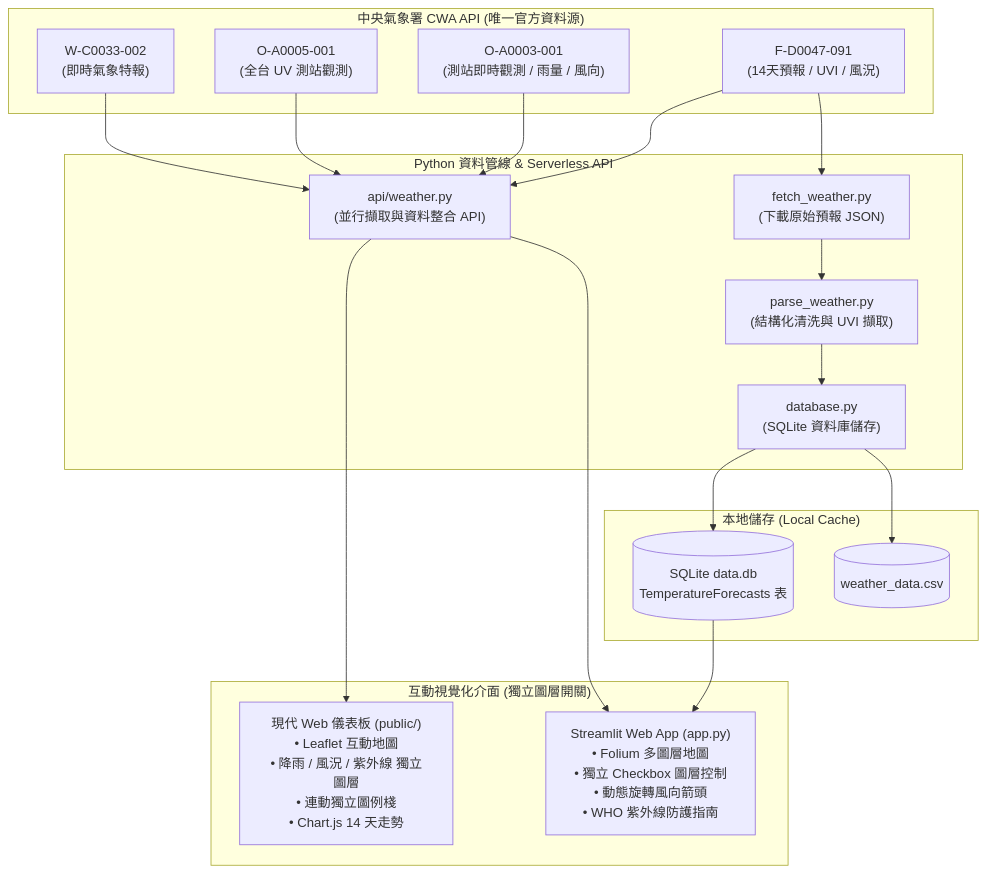
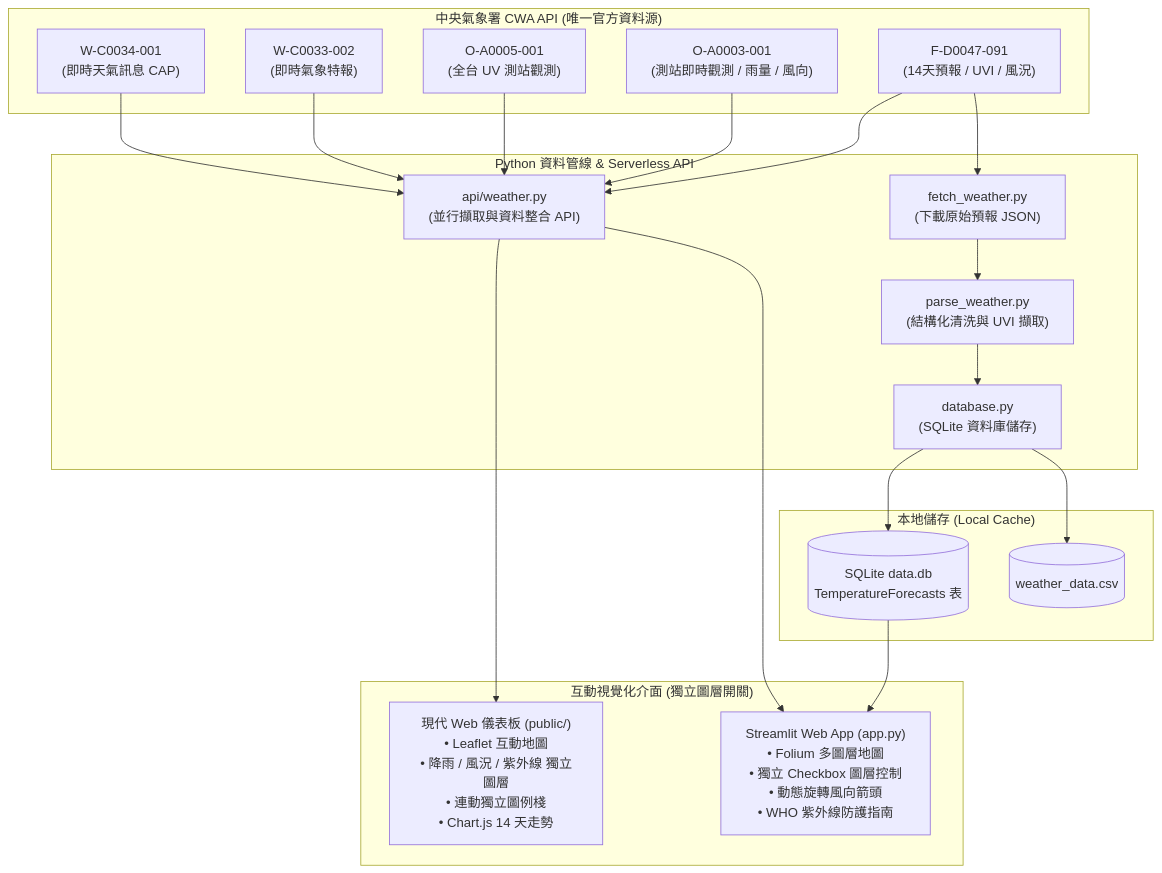
Before and after one commit to kashak068/weather: the diagram in README.md, drawn with Mermaid. The commit also changed other lines of this file and 5 other files, not shown here.

````diff
--- a/README.md
+++ b/README.md
@@ -46,31 +47,32 @@
 ```mermaid
 flowchart TD
     subgraph CWA_APIs ["中央氣象署 CWA API (唯一官方資料源)"]
         A1["F-D0047-091<br>(14天預報 / UVI / 風況)"]
         A2["O-A0003-001<br>(測站即時觀測 / 雨量 / 風向)"]
         A3["O-A0005-001<br>(全台 UV 測站觀測)"]
         A4["W-C0033-002<br>(即時氣象特報)"]
+        A5["W-C0034-001<br>(即時天氣訊息 CAP)"]
     end
 
     subgraph Backend ["Python 資料管線 & Serverless API"]
         B1["fetch_weather.py<br>(下載原始預報 JSON)"]
         B2["parse_weather.py<br>(結構化清洗與 UVI 擷取)"]
         B3["database.py<br>(SQLite 資料庫儲存)"]
         B4["api/weather.py<br>(並行擷取與資料整合 API)"]
     end
 
     subgraph Storage ["本地儲存 (Local Cache)"]
         C1[("SQLite data.db<br>TemperatureForecasts 表")]
         C2[("weather_data.csv")]
     end
 
     subgraph Frontends ["互動視覺化介面 (獨立圖層開關)"]
         D1["現代 Web 儀表板 (public/)<br>• Leaflet 互動地圖<br>• 降雨 / 風況 / 紫外線 獨立圖層<br>• 連動獨立圖例棧<br>• Chart.js 14 天走勢"]
         D2["Streamlit Web App (app.py)<br>• Folium 多圖層地圖<br>• 獨立 Checkbox 圖層控制<br>• 動態旋轉風向箭頭<br>• WHO 紫外線防護指南"]
     end
 
-    A1 & A2 & A3 & A4 --> B4
+    A1 & A2 & A3 & A4 & A5 --> B4
     A1 --> B1 --> B2 --> B3 --> C1 & C2
     B4 --> D1
     C1 & B4 --> D2
 ```
````
